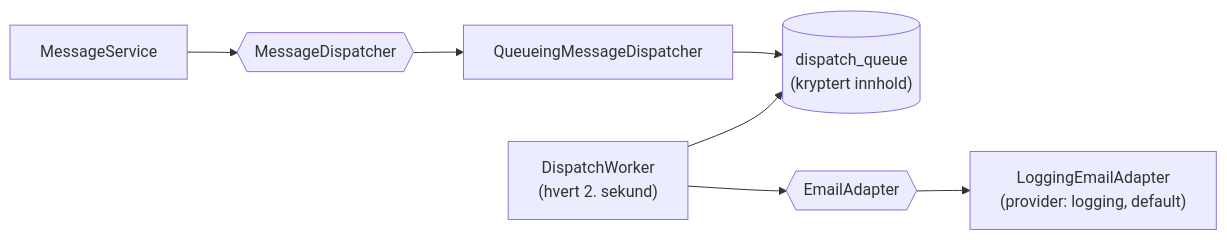
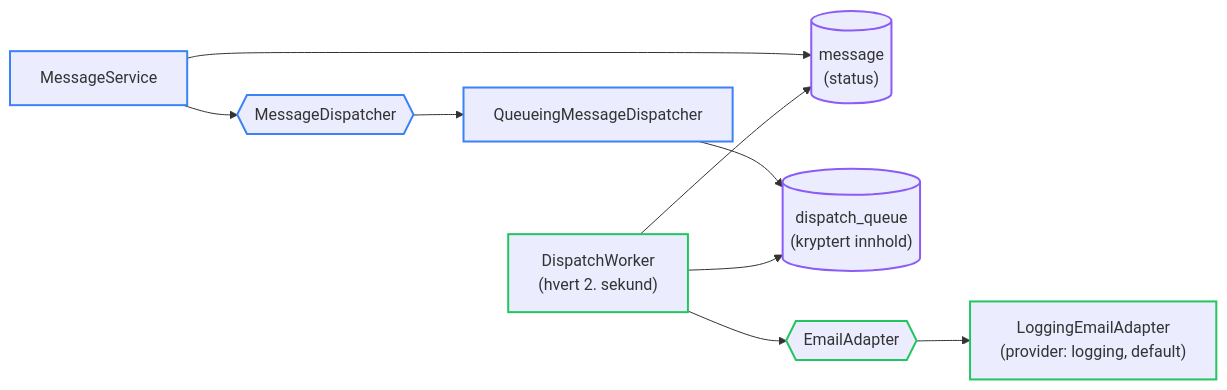
Before and after one commit to FINTLabs/fint-communication-service: the eighth of 14 diagrams in docs/architecture.md, drawn with Mermaid. The commit also changed other lines of this file and 33 other files, not shown here.

````diff
--- a/docs/architecture.md
+++ b/docs/architecture.md
@@ -489,9 +577,19 @@
 ```mermaid
 flowchart LR
     MS["MessageService"] --> port{{"MessageDispatcher"}}
+    MS --> status[("message<br/>(status)")]
     port --> queue["QueueingMessageDispatcher"]
     queue --> table[("dispatch_queue<br/>(kryptert innhold)")]
     worker["DispatchWorker<br/>(hvert 2. sekund)"] --> table
+    worker --> status
     worker --> adapter{{"EmailAdapter"}}
     adapter --> log["LoggingEmailAdapter<br/>(provider: logging, default)"]
+
+    classDef intake stroke:#3B82F6,stroke-width:2px
+    classDef data stroke:#8B5CF6,stroke-width:2px
+    classDef dispatch stroke:#22C55E,stroke-width:2px
+    classDef external stroke:#06B6D4,stroke-width:2px
+    class MS,port,queue intake
+    class status,table data
+    class worker,adapter,log dispatch
 ```
````
